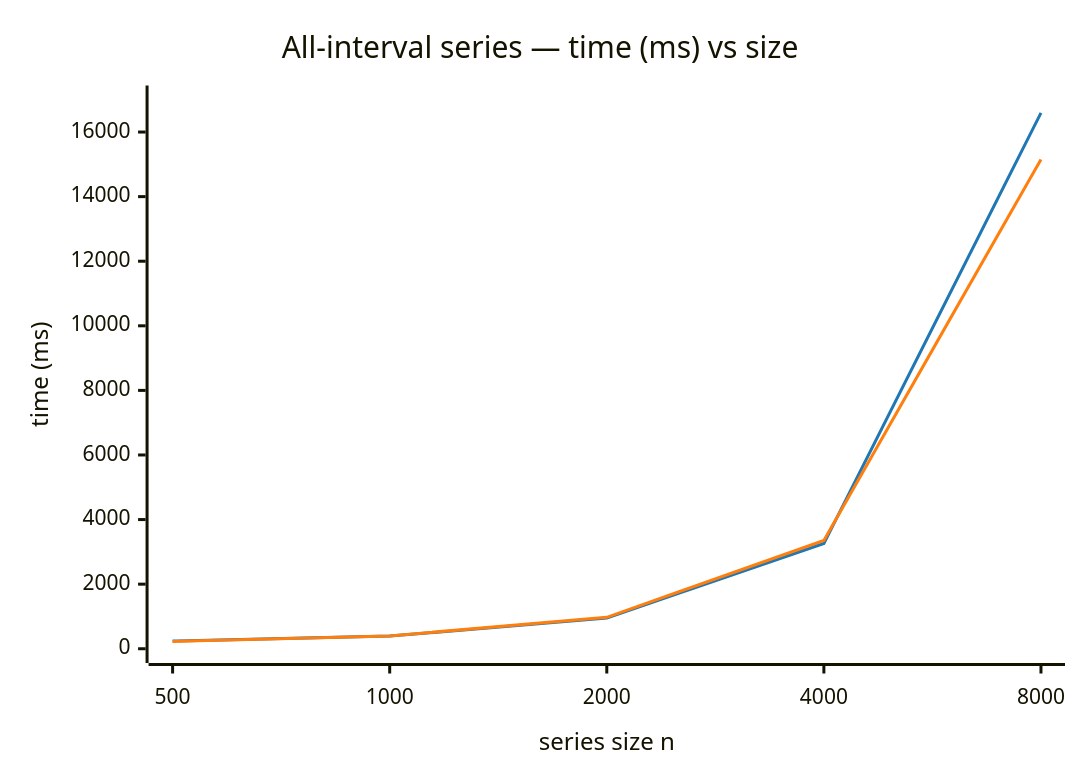
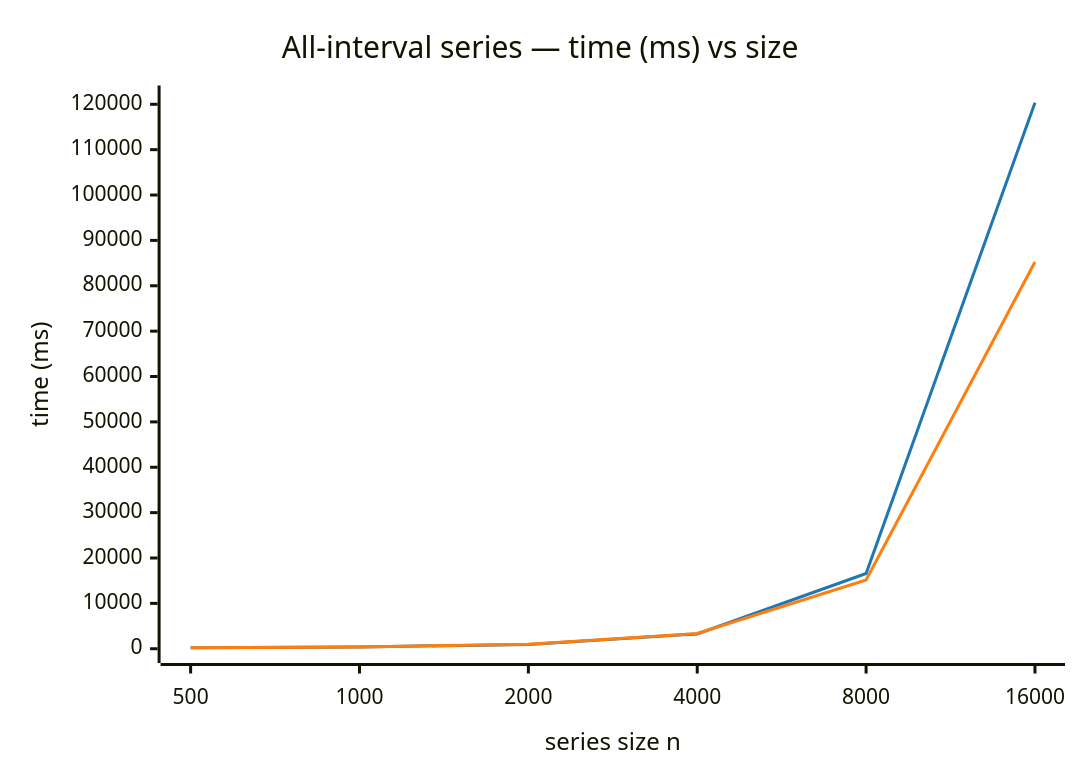
The first of 5 diagrams in articles/NuCS vs Choco/nucs-vs-choco.md (yangeorget/nucs), drawn with Mermaid before and after one commit. The commit also changed other lines of this file and 5 other files, not shown here.

````diff
--- a/articles/NuCS vs Choco/nucs-vs-choco.md
+++ b/articles/NuCS vs Choco/nucs-vs-choco.md
@@ -137,9 +162,9 @@
 ```mermaid
 %%{init: {"themeVariables": {"xyChart": {"plotColorPalette": "#1f77b4, #ff7f0e"}}}}%%
 xychart-beta
     title "All-interval series — time (ms) vs size"
-    x-axis "series size n" [500, 1000, 2000, 4000, 8000]
-    y-axis "time (ms)" 0 --> 17000
-    line [240, 392, 950, 3261, 16595]
-    line [225, 398, 972, 3352, 15153]
+    x-axis "series size n" [500, 1000, 2000, 4000, 8000, 16000]
+    y-axis "time (ms)" 0 --> 121000
+    line [240, 392, 950, 3261, 16595, 120340]
+    line [225, 398, 972, 3352, 15153, 85236]
 ```
````
